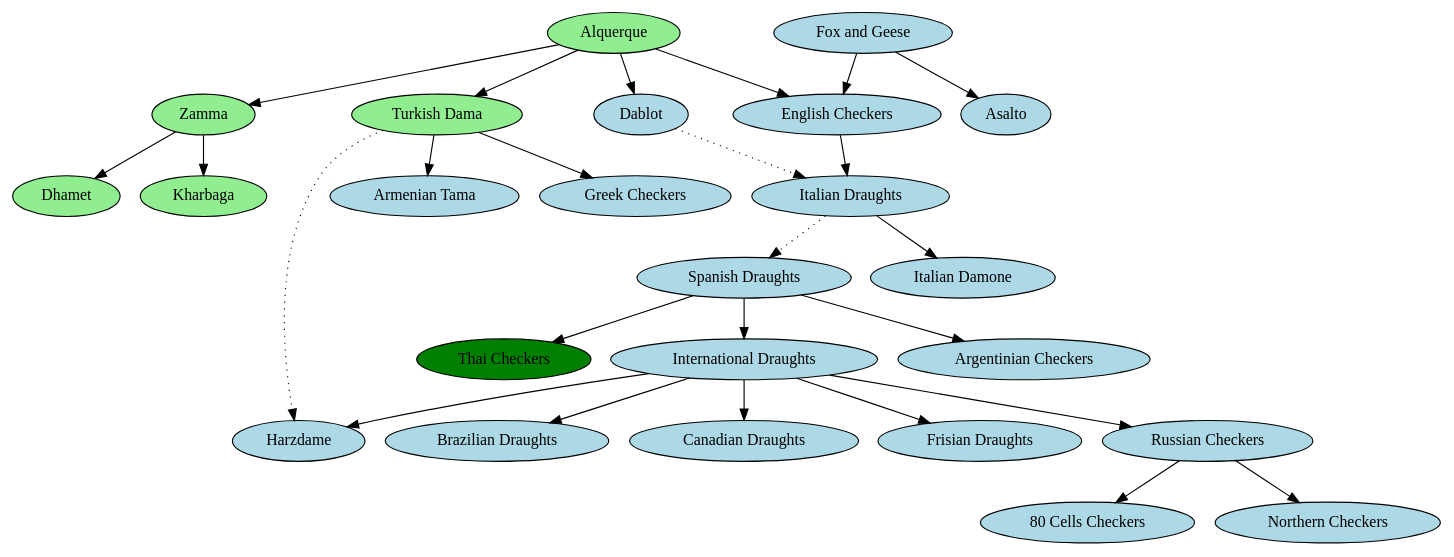
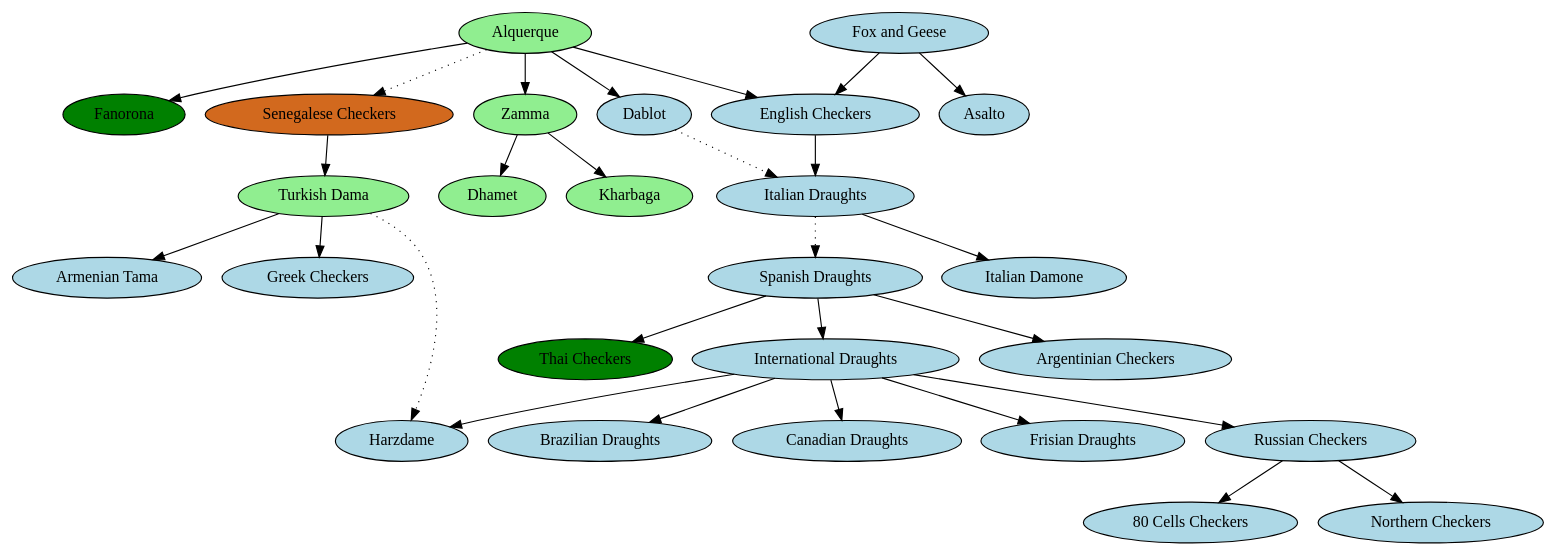
Before and after one commit to stepney141/Dagaz: the diagram in doc/checkers.gv, drawn with Graphviz. The commit also changed 12 other files, not shown here.

```diff
--- a/doc/checkers.gv
+++ b/doc/checkers.gv
@@ -1,53 +1,57 @@
-digraph dagaz {
+digraph checkers {
     "Alquerque"[style="filled",fillcolor="lightgreen"];
     "Zamma"[style="filled",fillcolor="lightgreen"];
     "Dhamet"[style="filled",fillcolor="lightgreen"];
     "Kharbaga"[style="filled",fillcolor="lightgreen"];
     "Dablot"[style="filled",fillcolor="lightblue"];
     "Fox and Geese"[style="filled",fillcolor="lightblue"];
     "Asalto"[style="filled",fillcolor="lightblue"];
+    "Fanorona"[style="filled",fillcolor="green"];
 
+    "Senegalese Checkers"[style="filled",fillcolor="chocolate"];
     "Turkish Dama"[style="filled",fillcolor="lightgreen"];
     "Armenian Tama"[style="filled",fillcolor="lightblue"];
     "Greek Checkers"[style="filled",fillcolor="lightblue"];
     "English Checkers"[style="filled",fillcolor="lightblue"];
     "Italian Draughts"[style="filled",fillcolor="lightblue"];
     "Italian Damone"[style="filled",fillcolor="lightblue"];
     "Spanish Draughts"[style="filled",fillcolor="lightblue"];
     "Argentinian Checkers"[style="filled",fillcolor="lightblue"];
     "Thai Checkers"[style="filled",fillcolor="green"];
     "International Draughts"[style="filled",fillcolor="lightblue"];
     "Russian Checkers"[style="filled",fillcolor="lightblue"];
     "80 Cells Checkers"[style="filled",fillcolor="lightblue"];
     "Northern Checkers"[style="filled",fillcolor="lightblue"];
     "Brazilian Draughts"[style="filled",fillcolor="lightblue"];
     "Canadian Draughts"[style="filled",fillcolor="lightblue"];
     "Harzdame"[style="filled",fillcolor="lightblue"];
     "Frisian Draughts"[style="filled",fillcolor="lightblue"];
 
     "Alquerque" -> "Zamma";
     "Alquerque" -> "Dablot";
     "Zamma" -> "Dhamet";
     "Zamma" -> "Kharbaga";
     "Alquerque" -> "English Checkers";
+    "Alquerque" -> "Fanorona";
     "Fox and Geese" -> "English Checkers";
     "Fox and Geese" -> "Asalto";
-    "Alquerque" -> "Turkish Dama";
+    "Alquerque" -> "Senegalese Checkers"[style=dotted];
+    "Senegalese Checkers" -> "Turkish Dama";
     "Turkish Dama" -> "Greek Checkers";
     "Turkish Dama" -> "Armenian Tama";
     "Dablot" -> "Italian Draughts"[style=dotted];
     "International Draughts" -> "Harzdame";
     "English Checkers" -> "Italian Draughts";
     "Italian Draughts" -> "Italian Damone";
     "Italian Draughts" -> "Spanish Draughts"[style=dotted];
     "Spanish Draughts" -> "International Draughts";
     "Spanish Draughts" -> "Argentinian Checkers";
     "Spanish Draughts" -> "Thai Checkers";
     "International Draughts" -> "Russian Checkers";
     "International Draughts" -> "Brazilian Draughts";
     "International Draughts" -> "Canadian Draughts";
     "Russian Checkers" -> "80 Cells Checkers";
     "Russian Checkers" -> "Northern Checkers";
     "International Draughts" -> "Frisian Draughts";
     "Turkish Dama" -> "Harzdame"[style=dotted];
 }
```
